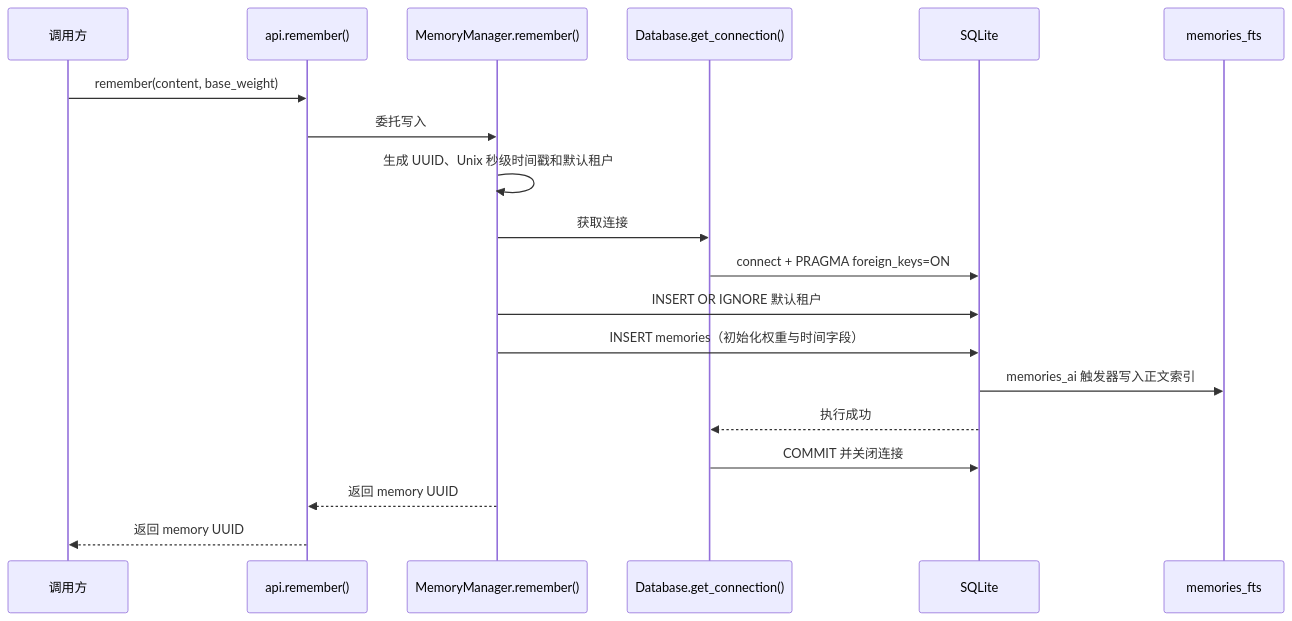
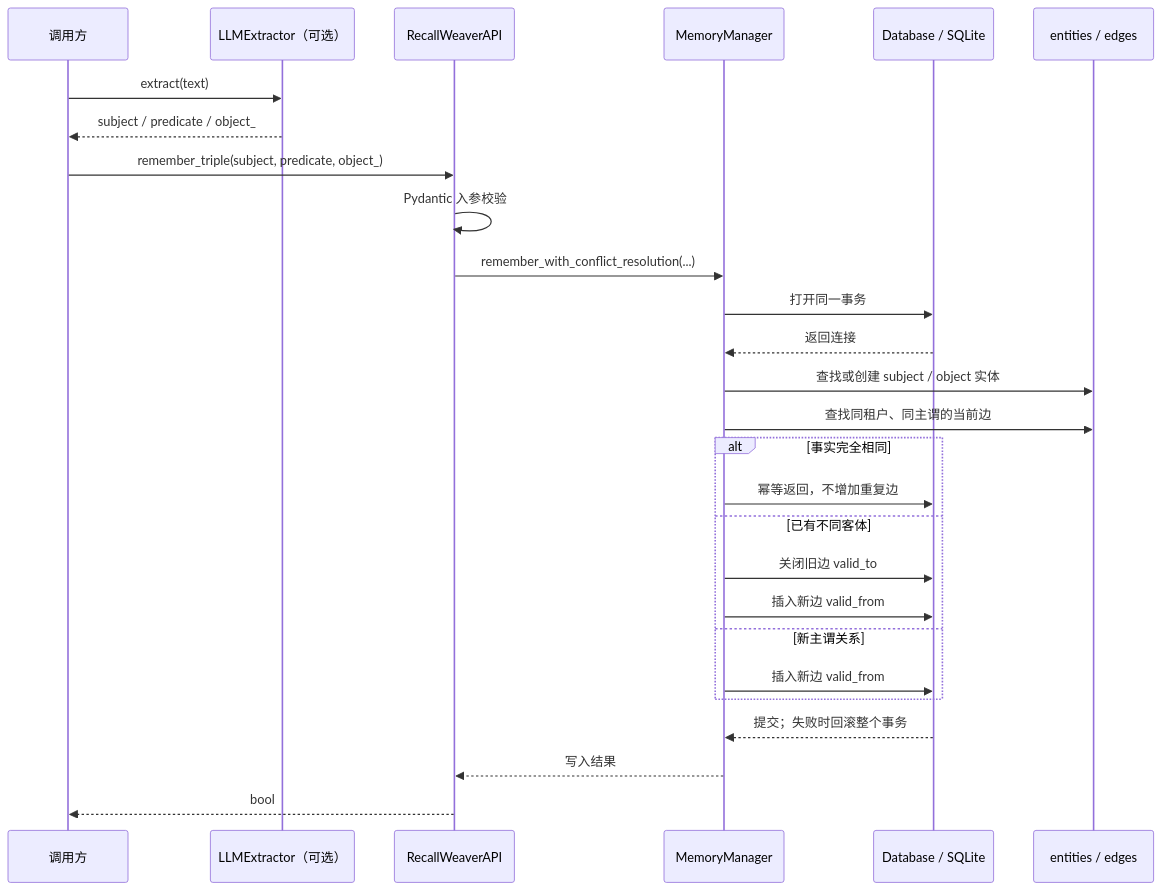
One commit to gaoweimax/recallweaver changed the second of 3 diagrams in docs/architecture.md. Above: the diagram before and after it, drawn with Mermaid. The commit also changed other lines of this file and 4 other files, not shown here.

````diff
--- a/docs/architecture.md
+++ b/docs/architecture.md
@@ -38,22 +42,30 @@
 ```mermaid
 sequenceDiagram
     participant Caller as 调用方
-    participant API as api.remember()
-    participant Manager as MemoryManager.remember()
-    participant DBMgr as Database.get_connection()
-    participant SQLite as SQLite
-    participant FTS as memories_fts
+    participant Extractor as LLMExtractor（可选）
+    participant API as RecallWeaverAPI
+    participant Manager as MemoryManager
+    participant DB as Database / SQLite
+    participant Graph as entities / edges
 
-    Caller->>API: remember(content, base_weight)
-    API->>Manager: 委托写入
-    Manager->>Manager: 生成 UUID、Unix 秒级时间戳和默认租户
-    Manager->>DBMgr: 获取连接
-    DBMgr->>SQLite: connect + PRAGMA foreign_keys=ON
-    Manager->>SQLite: INSERT OR IGNORE 默认租户
-    Manager->>SQLite: INSERT memories（初始化权重与时间字段）
-    SQLite->>FTS: memories_ai 触发器写入正文索引
-    SQLite-->>DBMgr: 执行成功
-    DBMgr->>SQLite: COMMIT 并关闭连接
-    Manager-->>API: 返回 memory UUID
-    API-->>Caller: 返回 memory UUID
+    Caller->>Extractor: extract(text)
+    Extractor-->>Caller: subject / predicate / object_
+    Caller->>API: remember_triple(subject, predicate, object_)
+    API->>API: Pydantic 入参校验
+    API->>Manager: remember_with_conflict_resolution(...)
+    Manager->>DB: 打开同一事务
+    DB-->>Manager: 返回连接
+    Manager->>Graph: 查找或创建 subject / object 实体
+    Manager->>Graph: 查找同租户、同主谓的当前边
+    alt 事实完全相同
+        Manager->>DB: 幂等返回，不增加重复边
+    else 已有不同客体
+        Manager->>DB: 关闭旧边 valid_to
+        Manager->>DB: 插入新边 valid_from
+    else 新主谓关系
+        Manager->>DB: 插入新边 valid_from
+    end
+    DB-->>Manager: 提交；失败时回滚整个事务
+    Manager-->>API: 写入结果
+    API-->>Caller: bool
 ```
````
